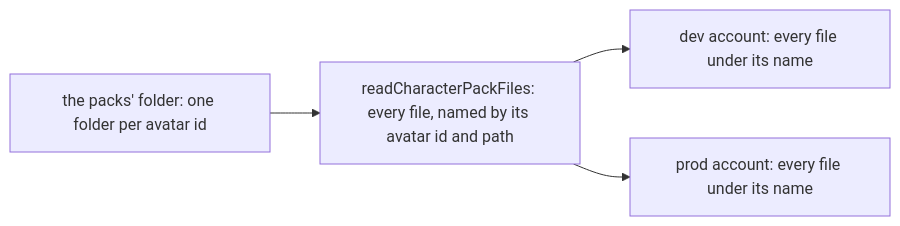
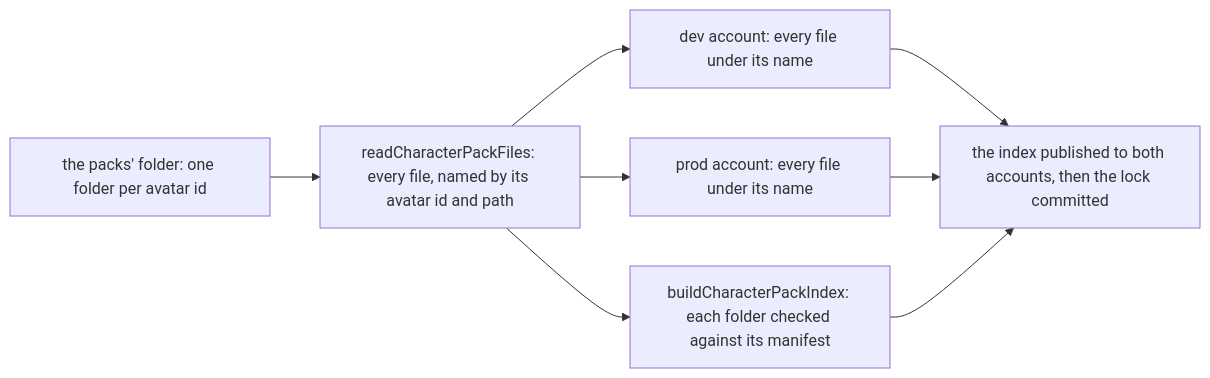
One commit to Esposter/Esposter changed the diagram in openspec/specs/genshin/characters/published-packs/design.md. Above: the diagram before and after it, drawn with Mermaid. The commit also changed other lines of this file and 1 other file, not shown here.

First line of the commit message:
docs(openspec): the published-packs pages say what the publish and its dry run do

````diff
--- a/openspec/specs/genshin/characters/published-packs/design.md
+++ b/openspec/specs/genshin/characters/published-packs/design.md
@@ -17,6 +17,10 @@
 ```mermaid
 flowchart LR
   DIR["the packs' folder: one folder per avatar id"] --> READ["readCharacterPackFiles: every file, named by its avatar id and path"]
   READ --> DEV["dev account: every file under its name"]
   READ --> PROD["prod account: every file under its name"]
+  READ --> INDEX["buildCharacterPackIndex: each folder checked against its manifest"]
+  DEV --> LOCK["the index published to both accounts, then the lock committed"]
+  PROD --> LOCK
+  INDEX --> LOCK
 ```
````
